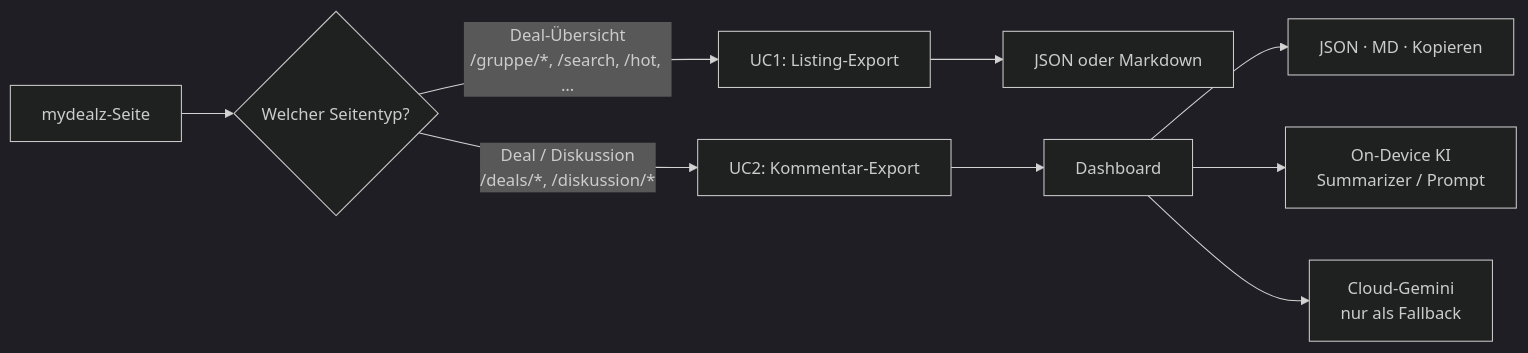
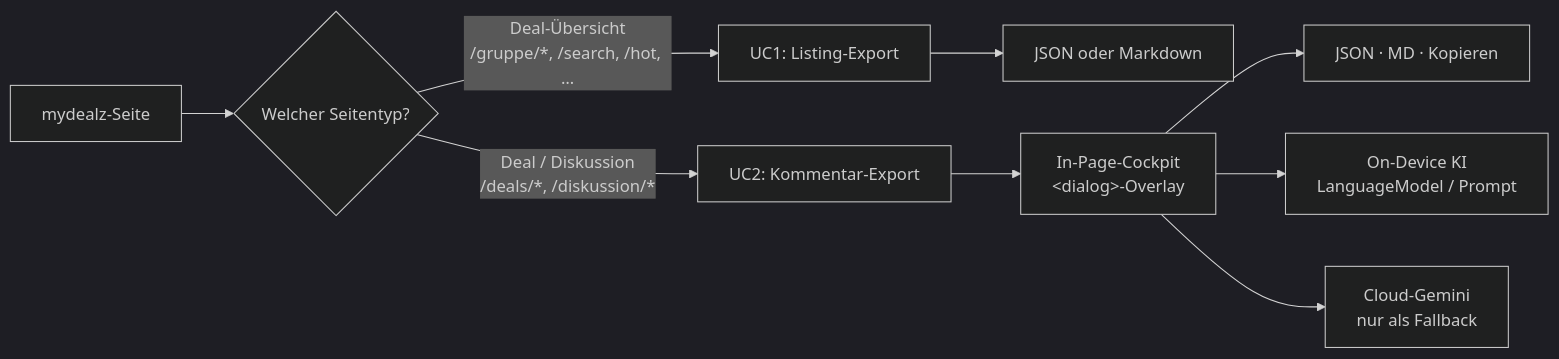
One commit to grapefruit89/MydealzExporter changed the diagram in README.md. Above: the diagram before and after it, drawn with Mermaid (dark theme). The commit also changed other lines of this file and 51 other files, not shown here.

````diff
--- a/README.md
+++ b/README.md
@@ -13,11 +20,11 @@
 ```mermaid
 flowchart LR
     A[mydealz-Seite] --> B{Welcher Seitentyp?}
     B -->|Deal-Übersicht<br/>/gruppe/*, /search, /hot, …| C[UC1: Listing-Export]
     B -->|Deal / Diskussion<br/>/deals/*, /diskussion/*| D[UC2: Kommentar-Export]
     C --> E[JSON oder Markdown]
-    D --> F[Dashboard]
+    D --> F[In-Page-Cockpit<br/>&lt;dialog&gt;-Overlay]
     F --> E2[JSON · MD · Kopieren]
-    F --> G[On-Device KI<br/>Summarizer / Prompt]
+    F --> G[On-Device KI<br/>LanguageModel / Prompt]
     F --> H[Cloud-Gemini<br/>nur als Fallback]
 ```
````
